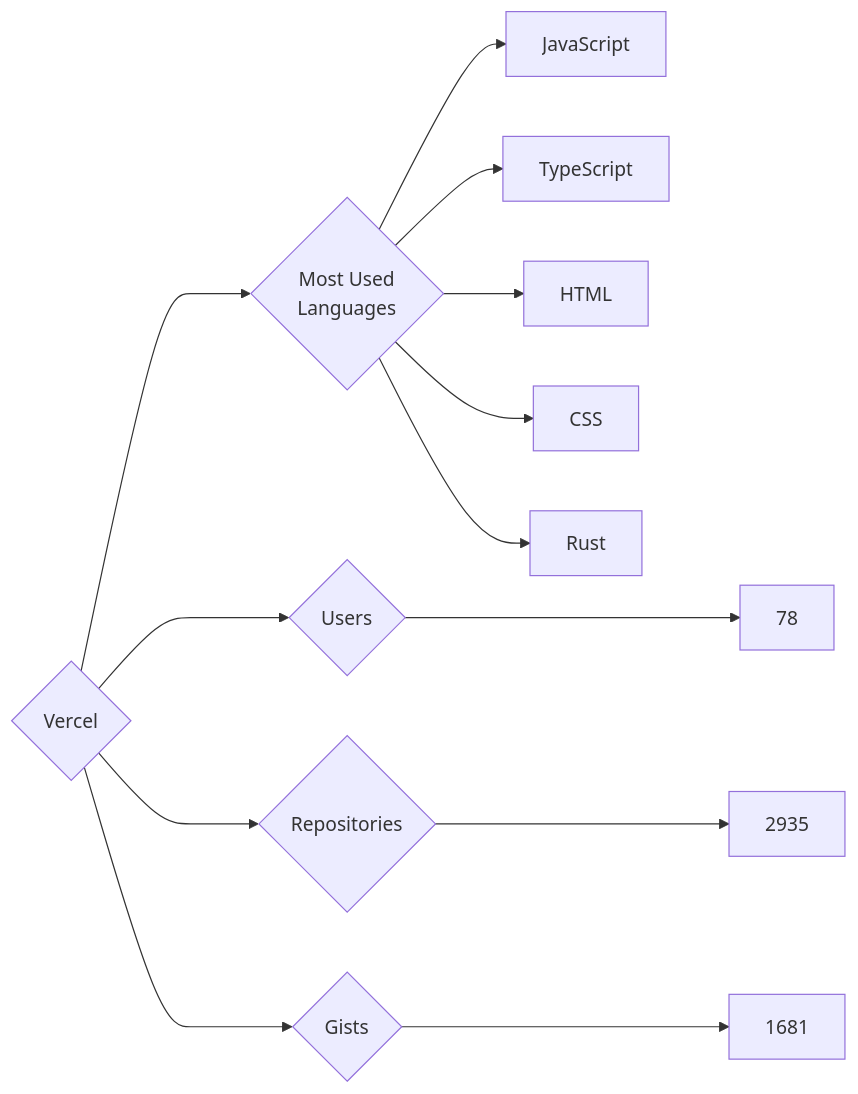
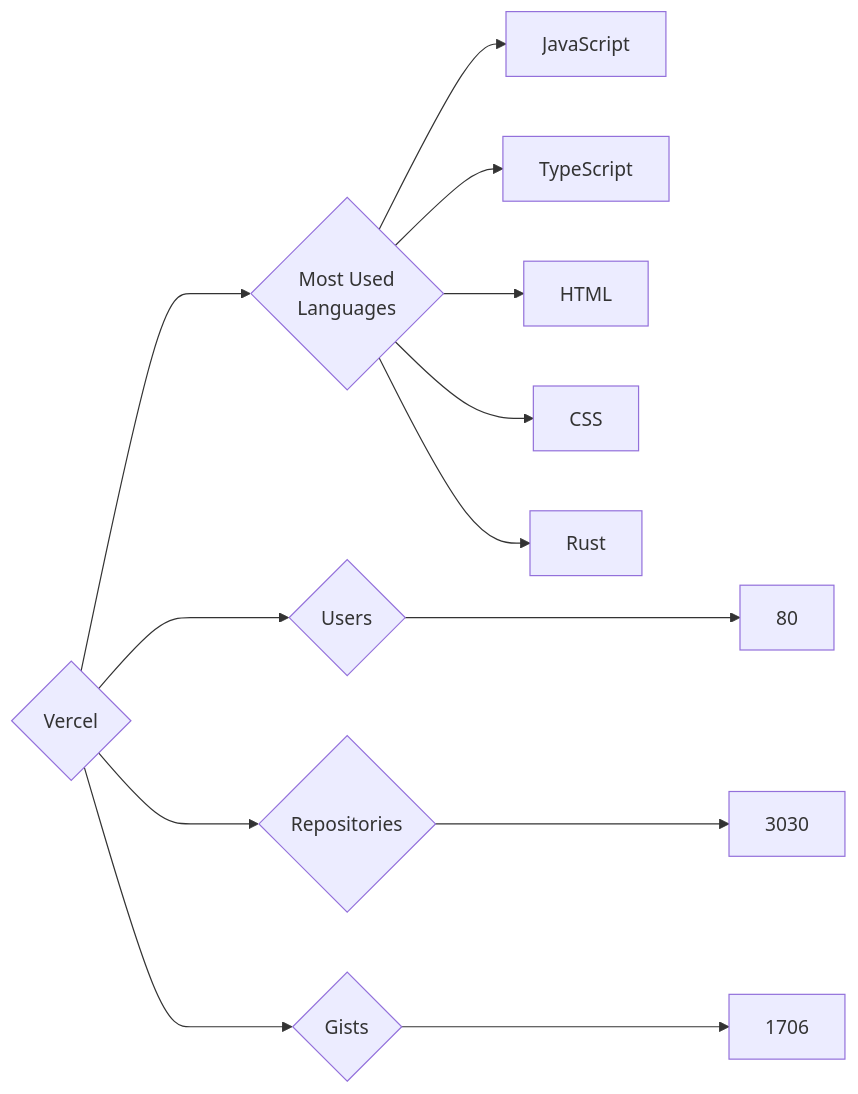
One commit to trickest/insiders changed the diagram in targets/Vercel/README.md. Above: the diagram before and after it, drawn with Mermaid. The commit also changed 715 other files, not shown here.

````diff
--- a/targets/Vercel/README.md
+++ b/targets/Vercel/README.md
@@ -3,13 +3,13 @@
 ```mermaid
 graph LR
 COMPANY_NAME{Vercel}
-COMPANY_NAME ---> U{Users} ---> UN[78]
-COMPANY_NAME ---> R{Repositories} ---> RN[2935]
-COMPANY_NAME ---> G{Gists} ---> GN[1681]
+COMPANY_NAME ---> U{Users} ---> UN[80]
+COMPANY_NAME ---> R{Repositories} ---> RN[3030]
+COMPANY_NAME ---> G{Gists} ---> GN[1706]
 COMPANY_NAME ---> ML{Most Used<br>Languages}
 ML --> JavaScript[JavaScript]
 ML --> TypeScript[TypeScript]
 ML --> HTML[HTML]
 ML --> CSS[CSS]
 ML --> Rust[Rust]
 ```
````
